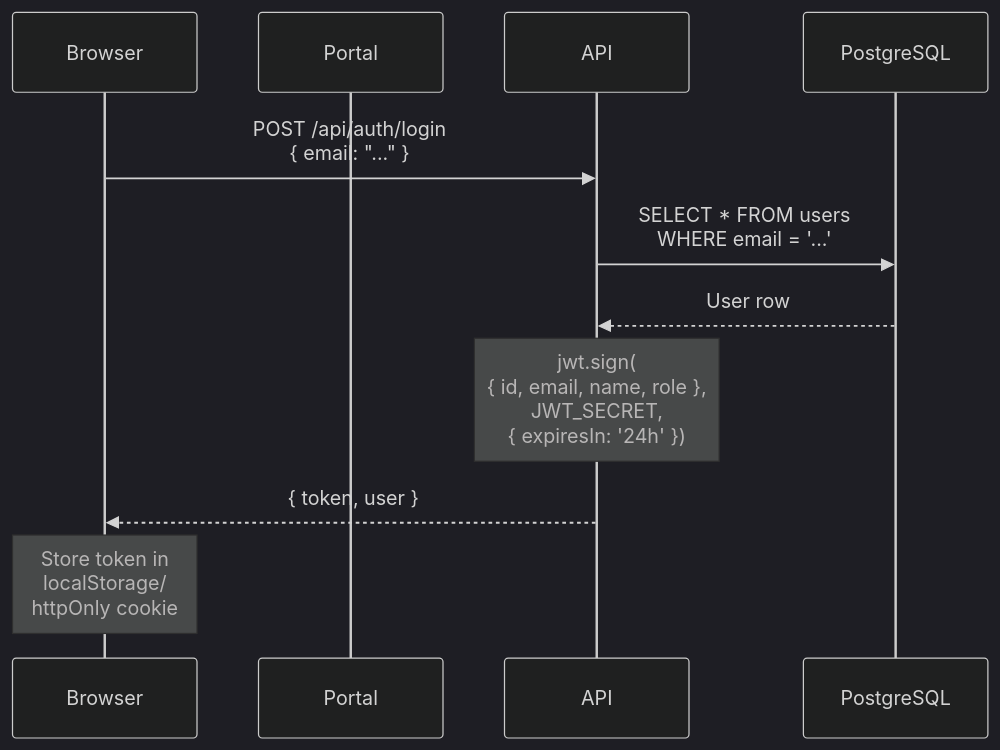
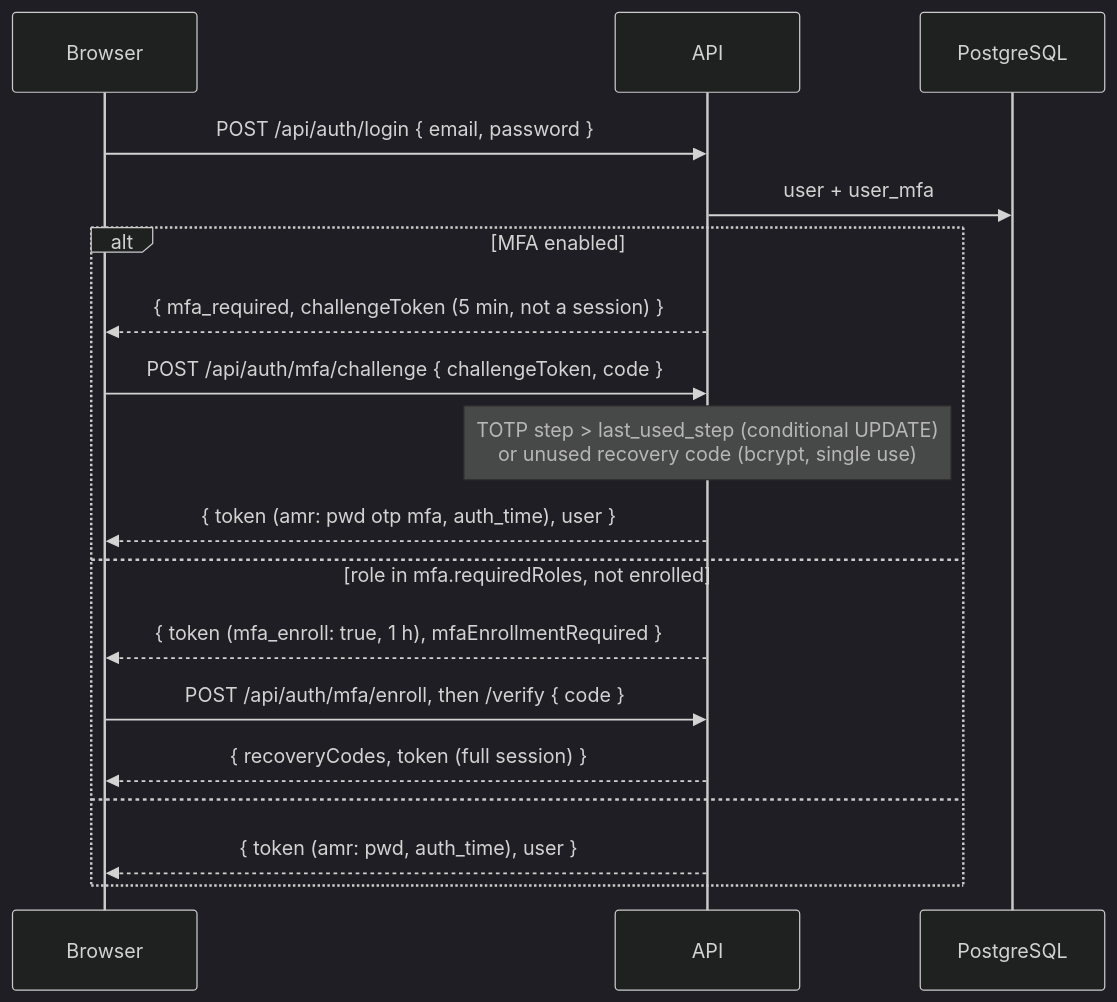
The first of 5 diagrams in platform/portal/public/docs/architecture/auth-flow.md (Mpratyush54/server-automation), drawn with Mermaid (dark theme) before and after one commit. The commit also changed other lines of this file and 11 other files, not shown here.

First line of the commit message:
docs: MFA guide; password + TOTP login, step-up and amr in auth docs

````diff
--- a/platform/portal/public/docs/architecture/auth-flow.md
+++ b/platform/portal/public/docs/architecture/auth-flow.md
@@ -5,14 +5,21 @@
 ```mermaid
 sequenceDiagram
     participant Browser
-    participant Portal
     participant API
     participant PostgreSQL
 
-    Browser->>API: POST /api/auth/login<br/>{ email: "..." }
-    API->>PostgreSQL: SELECT * FROM users<br/>WHERE email = '...'
-    PostgreSQL-->>API: User row
-    Note over API: jwt.sign(<br/>{ id, email, name, role },<br/>JWT_SECRET,<br/>{ expiresIn: '24h' })
-    API-->>Browser: { token, user }
-    Note over Browser: Store token in<br/>localStorage/<br/>httpOnly cookie
+    Browser->>API: POST /api/auth/login { email, password }
+    API->>PostgreSQL: user + user_mfa
+    alt MFA enabled
+        API-->>Browser: { mfa_required, challengeToken (5 min, not a session) }
+        Browser->>API: POST /api/auth/mfa/challenge { challengeToken, code }
+        Note over API: TOTP step > last_used_step (conditional UPDATE)<br/>or unused recovery code (bcrypt, single use)
+        API-->>Browser: { token (amr: pwd otp mfa, auth_time), user }
+    else role in mfa.requiredRoles, not enrolled
+        API-->>Browser: { token (mfa_enroll: true, 1 h), mfaEnrollmentRequired }
+        Browser->>API: POST /api/auth/mfa/enroll, then /verify { code }
+        API-->>Browser: { recoveryCodes, token (full session) }
+    else
+        API-->>Browser: { token (amr: pwd, auth_time), user }
+    end
 ```
````
